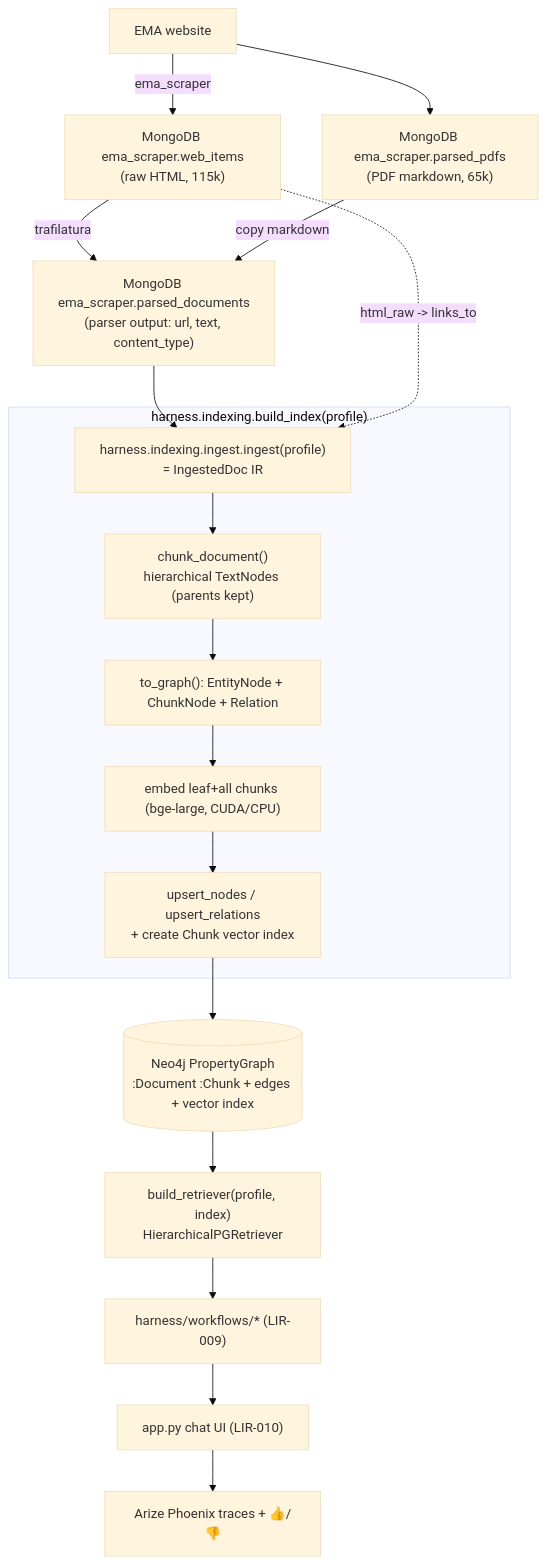
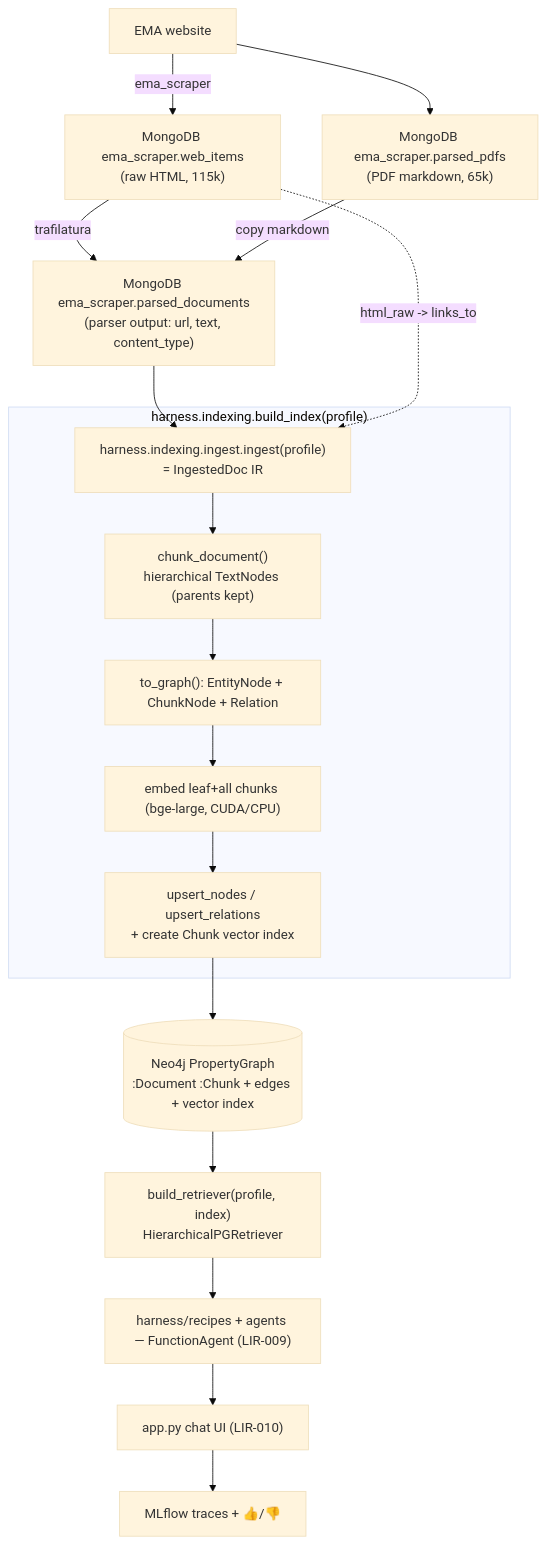
The first of 3 diagrams in docs/RETRIEVAL.md (MoritzImendoerffer/ema_nlp), drawn with Mermaid (base theme) before and after one commit. The commit also changed other lines of this file and 124 other files, not shown here.

````diff
--- a/docs/RETRIEVAL.md
+++ b/docs/RETRIEVAL.md
@@ -44,24 +44,24 @@
 ```mermaid
 flowchart TD
     EMA[EMA website] -->|ema_scraper| WI["MongoDB ema_scraper.web_items<br/>(raw HTML, 115k)"]
     EMA --> PP["MongoDB ema_scraper.parsed_pdfs<br/>(PDF markdown, 65k)"]
 
     WI -->|trafilatura| PD["MongoDB ema_scraper.parsed_documents<br/>(parser output: url, text, content_type)"]
     PP -->|copy markdown| PD
 
     PD --> ING["harness.indexing.ingest.ingest(profile)<br/>= IngestedDoc IR"]
     WI -. "html_raw -> links_to" .-> ING
 
     subgraph BUILD["harness.indexing.build_index(profile)"]
       ING --> CH["chunk_document()<br/>hierarchical TextNodes (parents kept)"]
       CH --> TG["to_graph(): EntityNode + ChunkNode + Relation"]
       TG --> EMB["embed leaf+all chunks (bge-large, CUDA/CPU)"]
       EMB --> UP["upsert_nodes / upsert_relations<br/>+ create Chunk vector index"]
     end
 
     UP --> NEO[("Neo4j PropertyGraph<br/>:Document :Chunk + edges + vector index")]
     NEO --> RET["build_retriever(profile, index)<br/>HierarchicalPGRetriever"]
-    RET --> WF["harness/workflows/* (LIR-009)"]
+    RET --> WF["harness/recipes + agents — FunctionAgent (LIR-009)"]
     WF --> APP["app.py chat UI (LIR-010)"]
-    APP --> PHX[Arize Phoenix traces + 👍/👎]
+    APP --> PHX[MLflow traces + 👍/👎]
 ```
````
